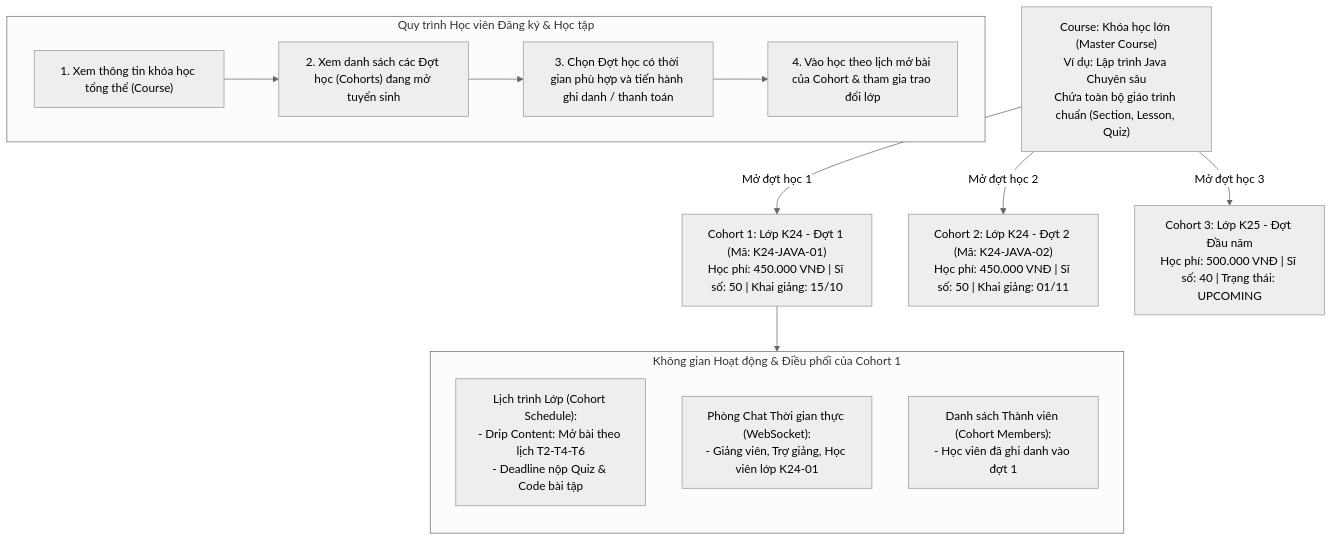
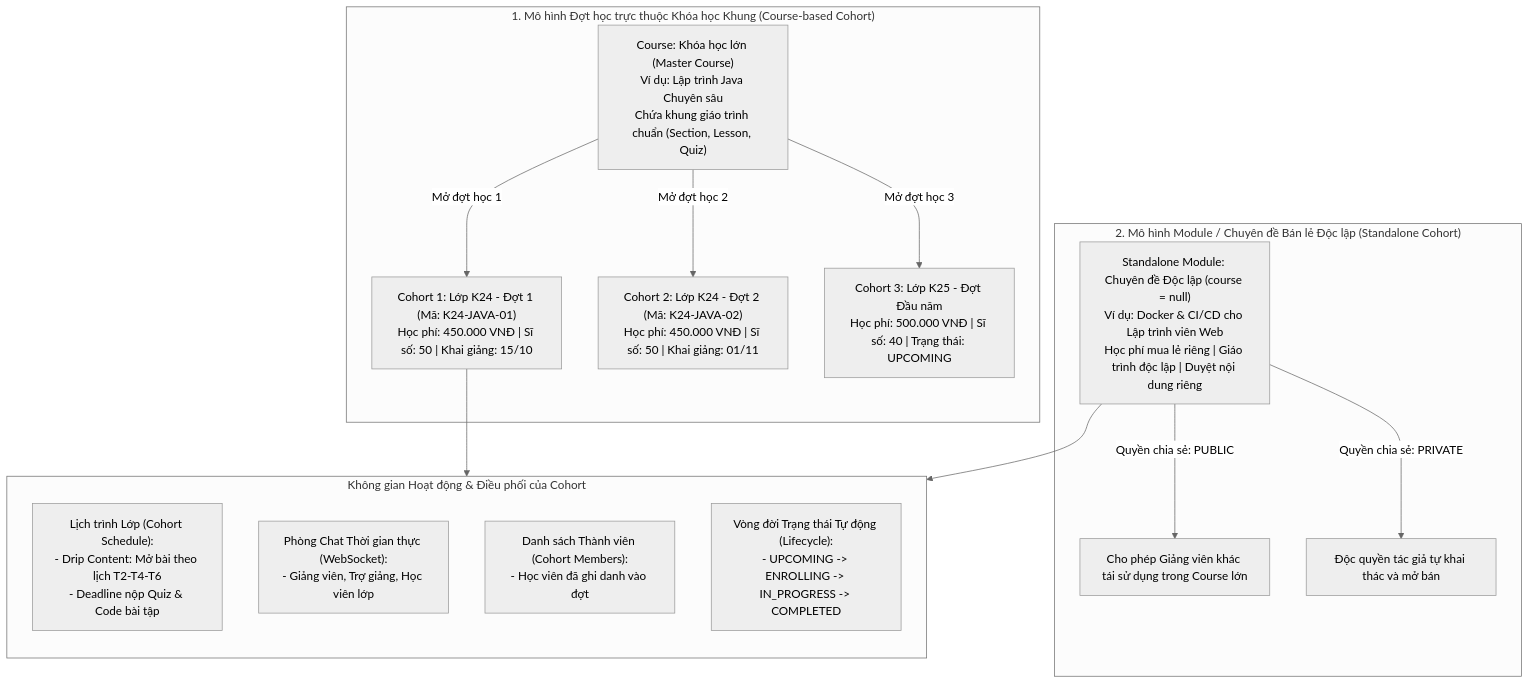
The first of 4 diagrams in docs/usecases/UC08_QuanLyLopHocDot.md (TienNguyen23-12/utelearn-platform), drawn with Mermaid (neutral theme) before and after one commit. The commit also changed other lines of this file and 2 other files, not shown here.

Commit message:
docs(usecase): sync diagrams with dynamic cohort lifecycle state machine and category crud

````diff
--- a/docs/usecases/UC08_QuanLyLopHocDot.md
+++ b/docs/usecases/UC08_QuanLyLopHocDot.md
@@ -5,25 +5,26 @@
 ```mermaid
 graph TD
-    Course["Course: Khóa học lớn (Master Course)<br/>Ví dụ: Lập trình Java Chuyên sâu<br/>Chứa toàn bộ giáo trình chuẩn (Section, Lesson, Quiz)"]
+    subgraph MasterCourseModel["1. Mô hình Đợt học trực thuộc Khóa học Khung (Course-based Cohort)"]
+        Course["Course: Khóa học lớn (Master Course)<br/>Ví dụ: Lập trình Java Chuyên sâu<br/>Chứa khung giáo trình chuẩn (Section, Lesson, Quiz)"]
+        Course -->|"Mở đợt học 1"| Cohort1["Cohort 1: Lớp K24 - Đợt 1 (Mã: K24-JAVA-01)<br/>Học phí: 450.000 VNĐ | Sĩ số: 50 | Khai giảng: 15/10"]
+        Course -->|"Mở đợt học 2"| Cohort2["Cohort 2: Lớp K24 - Đợt 2 (Mã: K24-JAVA-02)<br/>Học phí: 450.000 VNĐ | Sĩ số: 50 | Khai giảng: 01/11"]
+        Course -->|"Mở đợt học 3"| Cohort3["Cohort 3: Lớp K25 - Đợt Đầu năm<br/>Học phí: 500.000 VNĐ | Sĩ số: 40 | Trạng thái: UPCOMING"]
+    end
 
-    Course -->|"Mở đợt học 1"| Cohort1["Cohort 1: Lớp K24 - Đợt 1 (Mã: K24-JAVA-01)<br/>Học phí: 450.000 VNĐ | Sĩ số: 50 | Khai giảng: 15/10"]
-    Course -->|"Mở đợt học 2"| Cohort2["Cohort 2: Lớp K24 - Đợt 2 (Mã: K24-JAVA-02)<br/>Học phí: 450.000 VNĐ | Sĩ số: 50 | Khai giảng: 01/11"]
-    Course -->|"Mở đợt học 3"| Cohort3["Cohort 3: Lớp K25 - Đợt Đầu năm<br/>Học phí: 500.000 VNĐ | Sĩ số: 40 | Trạng thái: UPCOMING"]
+    subgraph StandaloneModel["2. Mô hình Module / Chuyên đề Bán lẻ Độc lập (Standalone Cohort)"]
+        StandaloneCohort["Standalone Module: Chuyên đề Độc lập (course = null)<br/>Ví dụ: Docker & CI/CD cho Lập trình viên Web<br/>Học phí mua lẻ riêng | Giáo trình độc lập | Duyệt nội dung riêng"]
+        StandaloneCohort -->|"Quyền chia sẻ: PUBLIC"| Shared["Cho phép Giảng viên khác tái sử dụng trong Course lớn"]
+        StandaloneCohort -->|"Quyền chia sẻ: PRIVATE"| Exclusive["Độc quyền tác giả tự khai thác và mở bán"]
+    end
 
-    subgraph C1_Operations["Không gian Hoạt động & Điều phối của Cohort 1"]
+    subgraph C1_Operations["Không gian Hoạt động & Điều phối của Cohort"]
         direction TB
         Sched["Lịch trình Lớp (Cohort Schedule):<br/>- Drip Content: Mở bài theo lịch T2-T4-T6<br/>- Deadline nộp Quiz & Code bài tập"]
-        Chat["Phòng Chat Thời gian thực (WebSocket):<br/>- Giảng viên, Trợ giảng, Học viên lớp K24-01"]
-        Members["Danh sách Thành viên (Cohort Members):<br/>- Học viên đã ghi danh vào đợt 1"]
+        Chat["Phòng Chat Thời gian thực (WebSocket):<br/>- Giảng viên, Trợ giảng, Học viên lớp"]
+        Members["Danh sách Thành viên (Cohort Members):<br/>- Học viên đã ghi danh vào đợt"]
+        Lifecycle["Vòng đời Trạng thái Tự động (Lifecycle):<br/>- UPCOMING -> ENROLLING -> IN_PROGRESS -> COMPLETED"]
     end
 
     Cohort1 --> C1_Operations
-
-    subgraph StudentFlow["Quy trình Học viên Đăng ký & Học tập"]
-        Step1["1. Xem thông tin khóa học tổng thể (Course)"]
-        Step2["2. Xem danh sách các Đợt học (Cohorts) đang mở tuyển sinh"]
-        Step3["3. Chọn Đợt học có thời gian phù hợp và tiến hành ghi danh / thanh toán"]
-        Step4["4. Vào học theo lịch mở bài của Cohort & tham gia trao đổi lớp"]
-        Step1 --> Step2 --> Step3 --> Step4
-    end
+    StandaloneCohort --> C1_Operations
 ```
````
